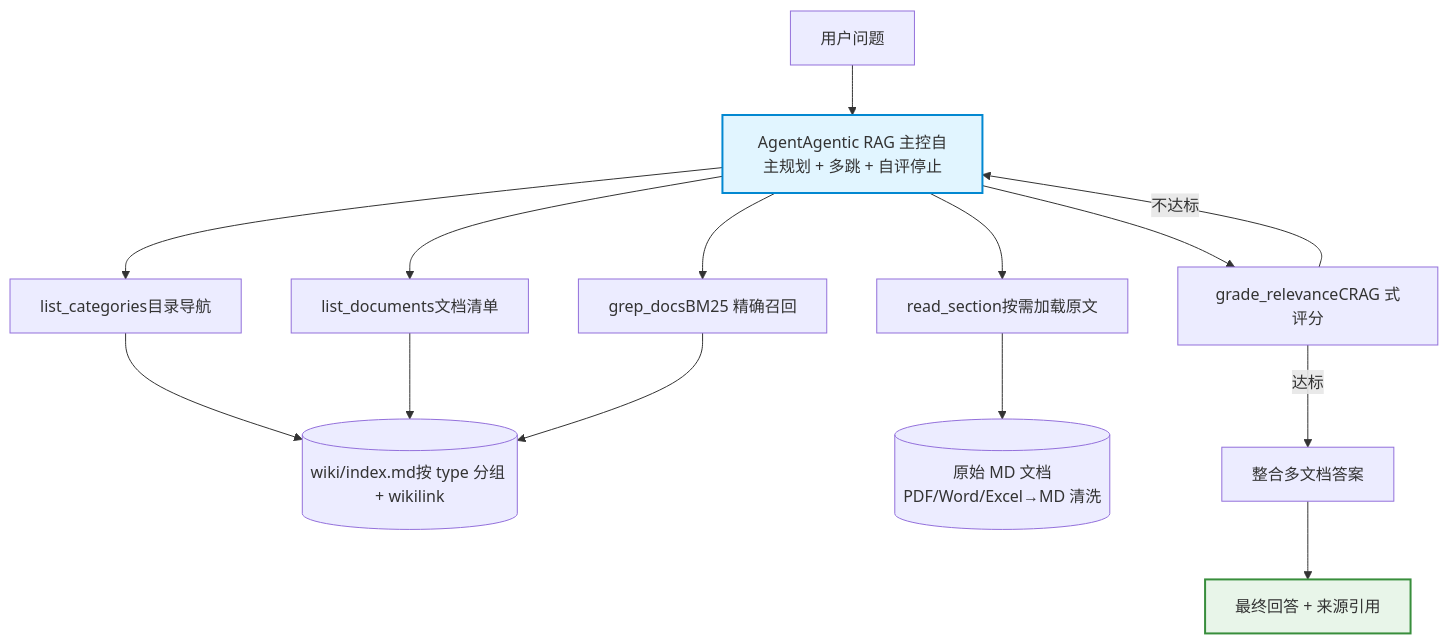
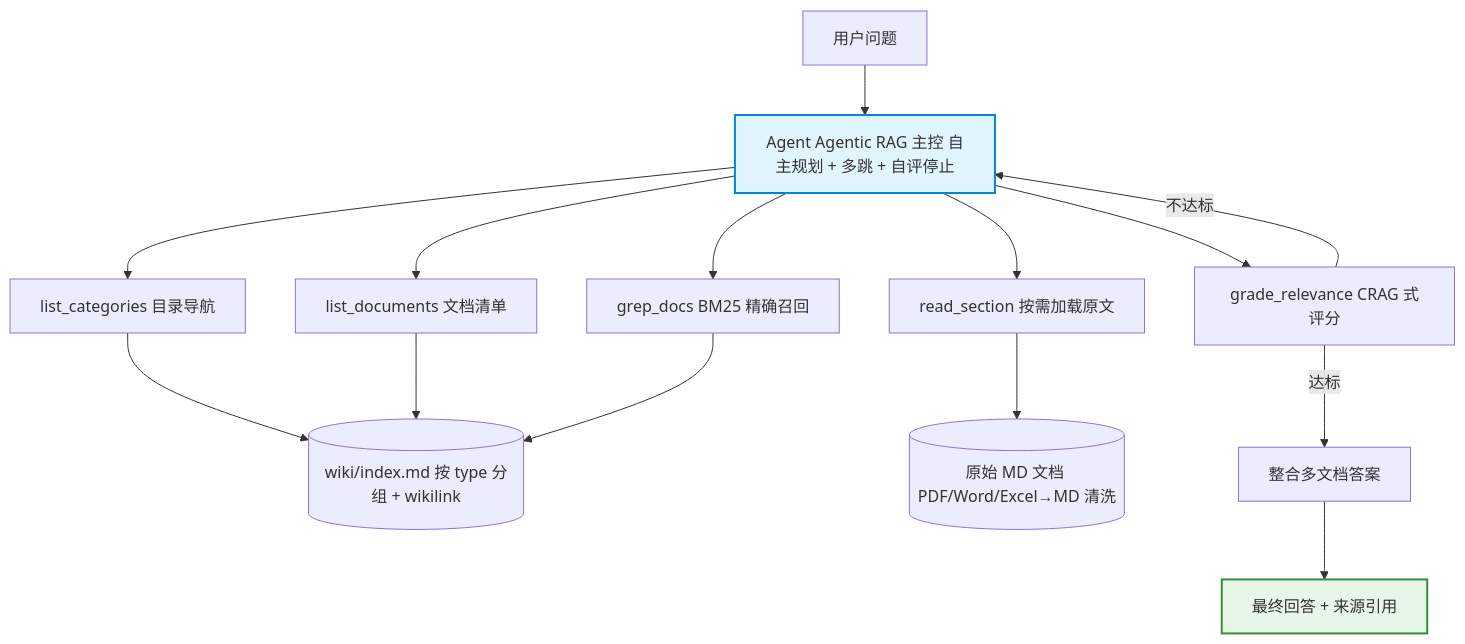
One commit to Laughingtt/kb-retrieval-sys changed diagram 16 of 18 in docs/kb_retrieval_solutions.md. Above: the diagram before and after it, drawn with Mermaid. The commit also changed other lines of this file, not shown here.

````diff
--- a/docs/kb_retrieval_solutions.md
+++ b/docs/kb_retrieval_solutions.md
@@ -682,22 +711,22 @@
 ```mermaid
 flowchart TD
-    U[用户问题] --> AG[AgentAgentic RAG 主控自主规划 + 多跳 + 自评停止]
+    U[用户问题] --> AG[Agent Agentic RAG 主控 自主规划 + 多跳 + 自评停止]
 
-    AG --> T1[list_categories目录导航]
-    AG --> T2[list_documents文档清单]
-    AG --> T3[grep_docsBM25 精确召回]
-    AG --> T4[read_section按需加载原文]
-    AG --> T5[grade_relevanceCRAG 式评分]
+    AG --> T1[list_categories 目录导航]
+    AG --> T2[list_documents 文档清单]
+    AG --> T3[grep_docs BM25 精确召回]
+    AG --> T4[read_section 按需加载原文]
+    AG --> T5[grade_relevance CRAG 式评分]
 
-    T1 --> IDX[(wiki/index.md按 type 分组 + wikilink)]
+    T1 --> IDX[(wiki/index.md 按 type 分组 + wikilink)]
     T2 --> IDX
     T3 --> IDX
-    T4 --> DOC[(原始 MD 文档PDF/Word/Excel→MD 清洗)]
+    T4 --> DOC[(原始 MD 文档 PDF/Word/Excel→MD 清洗)]
     T5 -->|不达标| AG
     T5 -->|达标| ANS[整合多文档答案]
 
     ANS --> R[最终回答 + 来源引用]
 
     style AG fill:#e1f5ff,stroke:#0288d1,stroke-width:2px
     style R fill:#e8f5e9,stroke:#388e3c,stroke-width:2px
 ```
````
